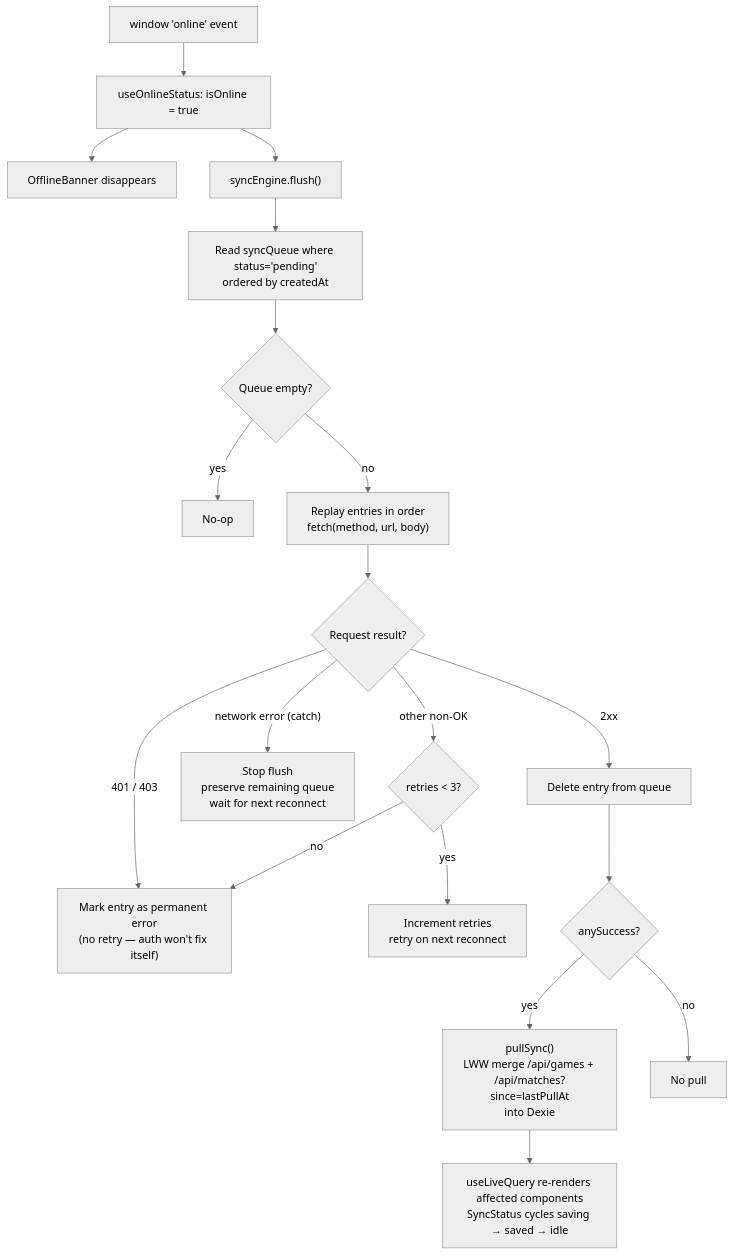
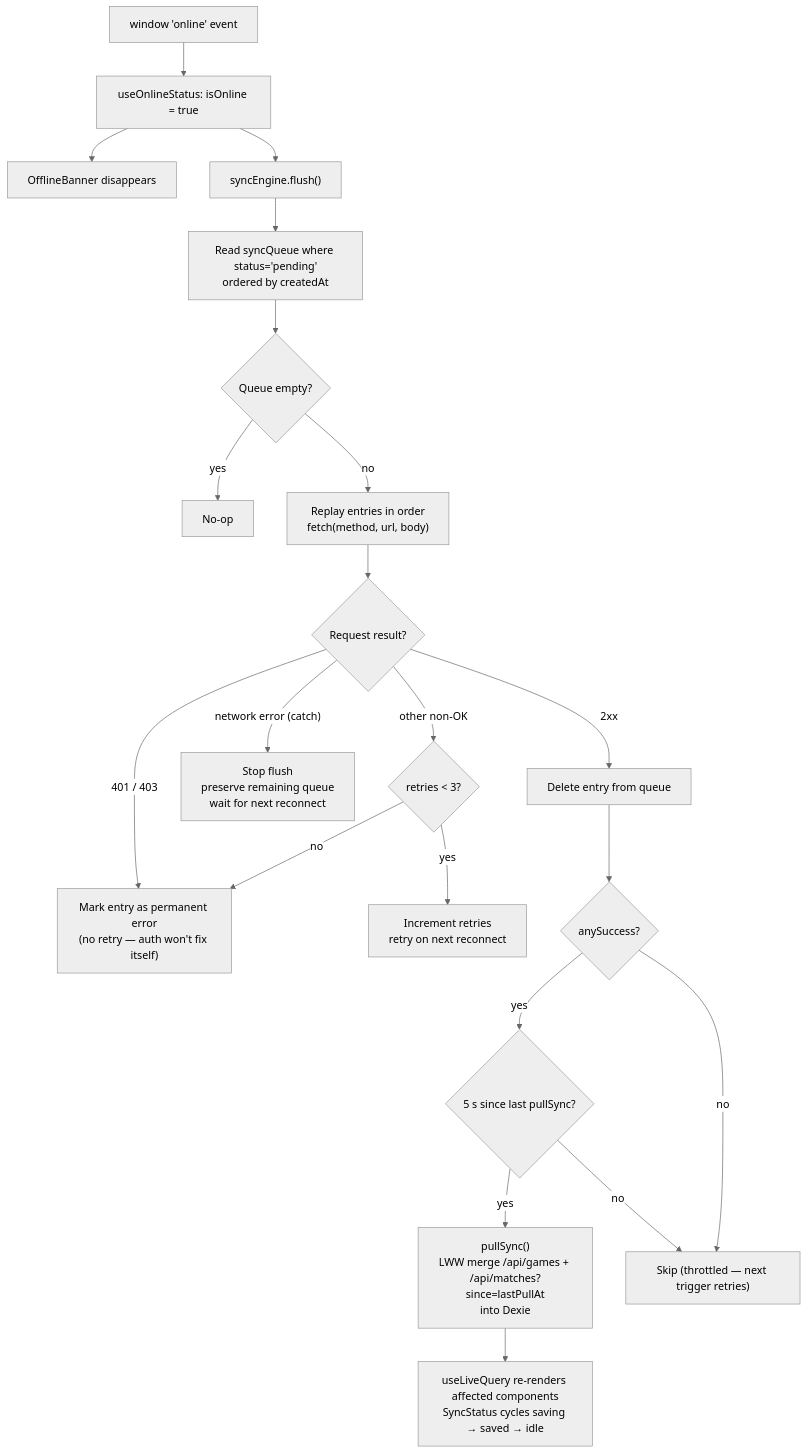
The second of 2 diagrams in docs/offline-architecture.md (jolelievre/on-board), drawn with Mermaid (neutral theme) before and after one commit. The commit also changed other lines of this file and 4 other files, not shown here.

First line of the commit message:
feat(sync): throttle pullSync + add visibility/route triggers

````diff
--- a/docs/offline-architecture.md
+++ b/docs/offline-architecture.md
@@ -295,25 +309,27 @@
 ```mermaid
 flowchart TD
     A["window 'online' event"] --> B["useOnlineStatus: isOnline = true"]
     B --> C["OfflineBanner disappears"]
     B --> D["syncEngine.flush()"]
 
     D --> E["Read syncQueue where status='pending'\nordered by createdAt"]
     E --> F{"Queue empty?"}
     F -- yes --> G["No-op"]
     F -- no --> H["Replay entries in order\nfetch(method, url, body)"]
 
     H --> I{"Request result?"}
     I -- "2xx" --> J["Delete entry from queue"]
     I -- "network error (catch)" --> K["Stop flush\npreserve remaining queue\nwait for next reconnect"]
     I -- "401 / 403" --> N["Mark entry as permanent error\n(no retry — auth won't fix itself)"]
     I -- "other non-OK" --> L{"retries < 3?"}
     L -- yes --> M["Increment retries\nretry on next reconnect"]
     L -- no --> N
 
     J --> O{"anySuccess?"}
-    O -- yes --> P["pullSync()\nLWW merge /api/games + /api/matches?since=lastPullAt\ninto Dexie"]
-    O -- no --> Q["No pull"]
+    O -- yes --> P{"5 s since last pullSync?"}
+    P -- yes --> Q["pullSync()\nLWW merge /api/games + /api/matches?since=lastPullAt\ninto Dexie"]
+    P -- no --> R["Skip (throttled — next trigger retries)"]
+    O -- no --> R
 
-    P --> R["useLiveQuery re-renders affected components\nSyncStatus cycles saving → saved → idle"]
+    Q --> S["useLiveQuery re-renders affected components\nSyncStatus cycles saving → saved → idle"]
 ```
````
